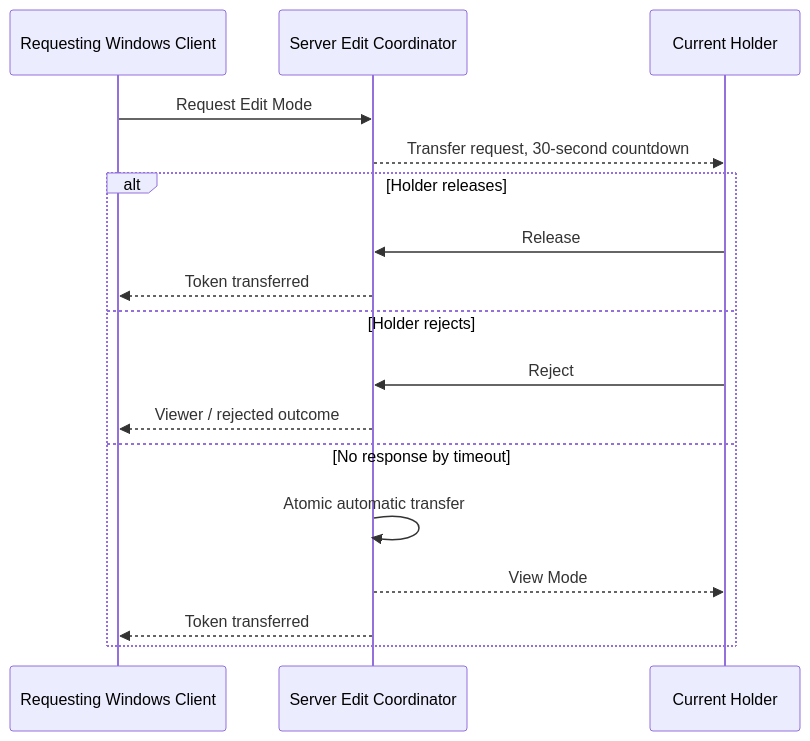
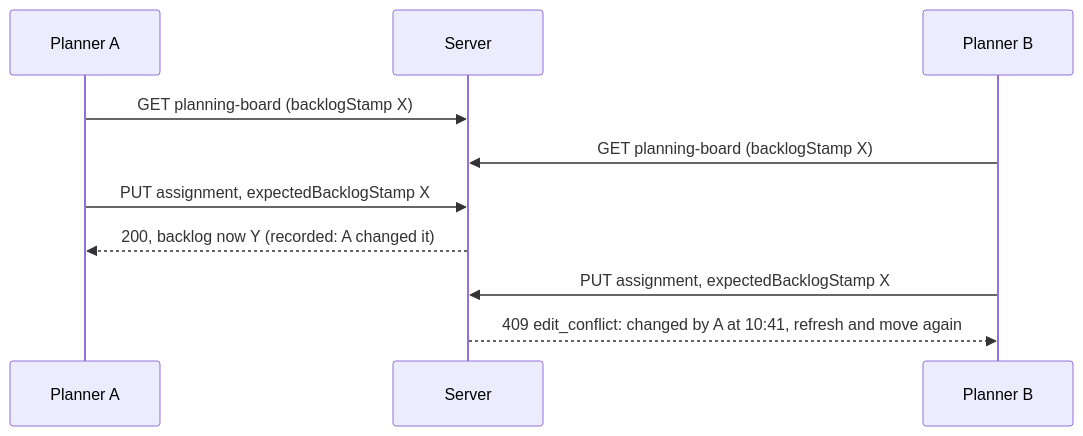
One commit to Mihavin/Meimad-ProductionPlanner changed the sixth of 7 diagrams in docs/architecture.md. Above: the diagram before and after it, drawn with Mermaid. The commit also changed other lines of this file and 201 other files, not shown here.

First line of the commit message:
Replace Single Edit Mode with user accounts and explained conflicts

````diff
--- a/docs/architecture.md
+++ b/docs/architecture.md
@@ -422,20 +422,13 @@
 ```mermaid
 sequenceDiagram
-    participant R as Requesting Windows Client
-    participant S as Server Edit Coordinator
-    participant H as Current Holder
+    participant A as Planner A
+    participant S as Server
+    participant B as Planner B
 
-    R->>S: Request Edit Mode
-    S-->>H: Transfer request, 30-second countdown
-    alt Holder releases
-        H->>S: Release
-        S-->>R: Token transferred
-    else Holder rejects
-        H->>S: Reject
-        S-->>R: Viewer / rejected outcome
-    else No response by timeout
-        S->>S: Atomic automatic transfer
-        S-->>H: View Mode
-        S-->>R: Token transferred
-    end
+    A->>S: GET planning-board (backlogStamp X)
+    B->>S: GET planning-board (backlogStamp X)
+    A->>S: PUT assignment, expectedBacklogStamp X
+    S-->>A: 200, backlog now Y (recorded: A changed it)
+    B->>S: PUT assignment, expectedBacklogStamp X
+    S-->>B: 409 edit_conflict: changed by A at 10:41, refresh and move again
 ```
````
